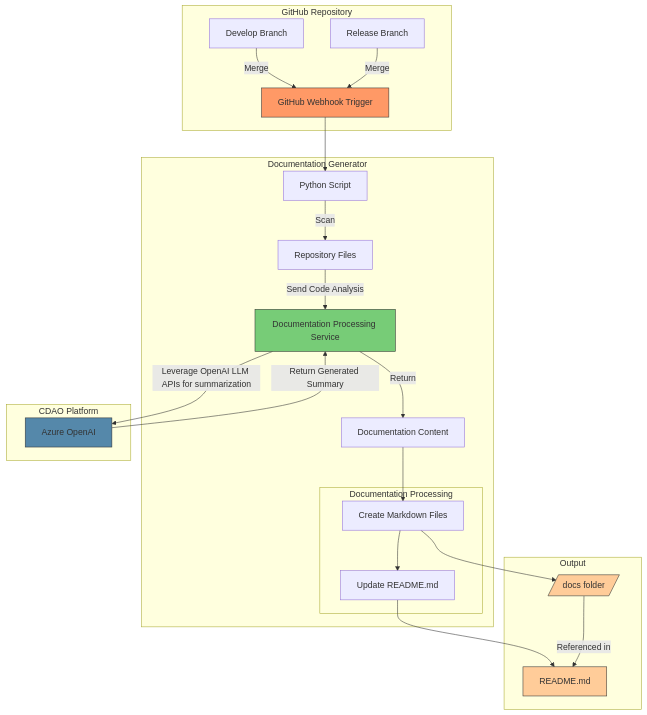
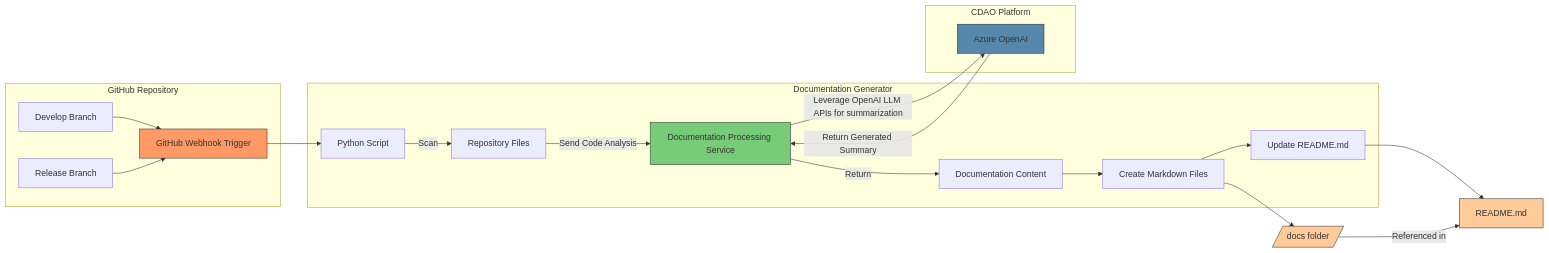
Before and after one commit to MithunKiniStar/E-Commerce-Microservice-master: the diagram in output/test.md, drawn with Mermaid.

````diff
--- a/output/test.md
+++ b/output/test.md
@@ -3,41 +3,32 @@
 ```mermaid
-graph TB
+graph LR
     subgraph "GitHub Repository"
-        B1[Develop Branch] --> |Merge| T1
-        B2[Release Branch] --> |Merge| T1
-        T1[GitHub Webhook Trigger]
+        B1[Develop Branch] & B2[Release Branch] --> T1[GitHub Webhook Trigger]
     end
 
     subgraph "Documentation Generator"
         T1 --> P1[Python Script]
         P1 --> |Scan| F1[Repository Files]
         F1 --> |Send Code Analysis| C1
-        
         D1[Documentation Content] --> D2[Create Markdown Files]
-        
-        subgraph "Documentation Processing"
-            D2 --> D3[Update README.md]
-        end
+        D2 --> D3[Update README.md]
     end
 
     subgraph "CDAO Platform"
         C1[Documentation Processing Service]
         AO[Azure OpenAI]
         C1 --> |Leverage OpenAI LLM APIs for summarization| AO
         AO --> |Return Generated Summary| C1
     end
 
     C1 --> |Return| D1
-
-    subgraph "Output"
-        D2 --> O1[/docs folder/]
-        D3 --> O2[README.md]
-        O1 --> |Referenced in| O2
-    end
+    D2 --> O1[/docs folder/]
+    D3 --> O2[README.md]
+    O1 --> |Referenced in| O2
 
     style T1 fill:#f96,stroke:#333
     style C1 fill:#7c7,stroke:#333
     style AO fill:#58a,stroke:#333
     style O1 fill:#fc9,stroke:#333
     style O2 fill:#fc9,stroke:#333
 ```
````
